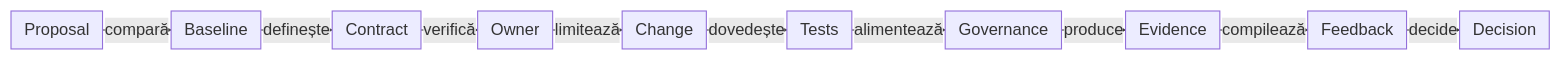
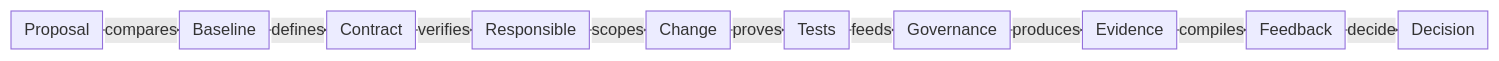
The first of 5 diagrams in docs/ATF_AI_Evaluation_Design.md (crististefanita/atf_j0), drawn with Mermaid before and after one commit. The commit also changed other lines of this file and 113 other files, not shown here.

````diff
--- a/docs/ATF_AI_Evaluation_Design.md
+++ b/docs/ATF_AI_Evaluation_Design.md
@@ -884,13 +929,13 @@
 ```mermaid
 %%{init: {"themeVariables":{"fontSize":"15px"},"themeCSS":".nodeLabel, .nodeLabel p { font-size: 15px !important; line-height: 1.35 !important; } .edgeLabel, .edgeLabel p { font-size: 12px !important; font-weight: 400 !important; line-height: 1.2 !important; } .edgeLabel .labelBkg, .edgeLabel p { background: transparent !important; } .edgeLabel foreignObject { transform: translateY(-18px); overflow: visible; } .node rect { rx: 6px; ry: 6px; }","flowchart":{"curve":"linear","nodeSpacing":24,"rankSpacing":4,"padding":6,"diagramPadding":20}}}%%
 flowchart LR
-    Agent["Proposal"] -->|compară| Baseline["Baseline"]
-    Baseline -->|definește| Contract["Contract"]
-    Contract -->|verifică| Owner["Owner"]
-    Owner -->|limitează| Implement["Change"]
-    Implement -->|dovedește| Unit["Tests"]
-    Unit -->|alimentează| Governance["Governance"]
-    Governance -->|produce| Artifact["Evidence"]
-    Artifact -->|compilează| Handoff["Feedback"]
+    Agent["Proposal"] -->|compares| Baseline["Baseline"]
+    Baseline -->|defines| Contract["Contract"]
+    Contract -->|verifies| Owner["Responsible"]
+    Owner -->|scopes| Implement["Change"]
+    Implement -->|proves| Unit["Tests"]
+    Unit -->|feeds| Governance["Governance"]
+    Governance -->|produces| Artifact["Evidence"]
+    Artifact -->|compiles| Handoff["Feedback"]
     Handoff -->|decide| Next["Decision"]
 ```
````
